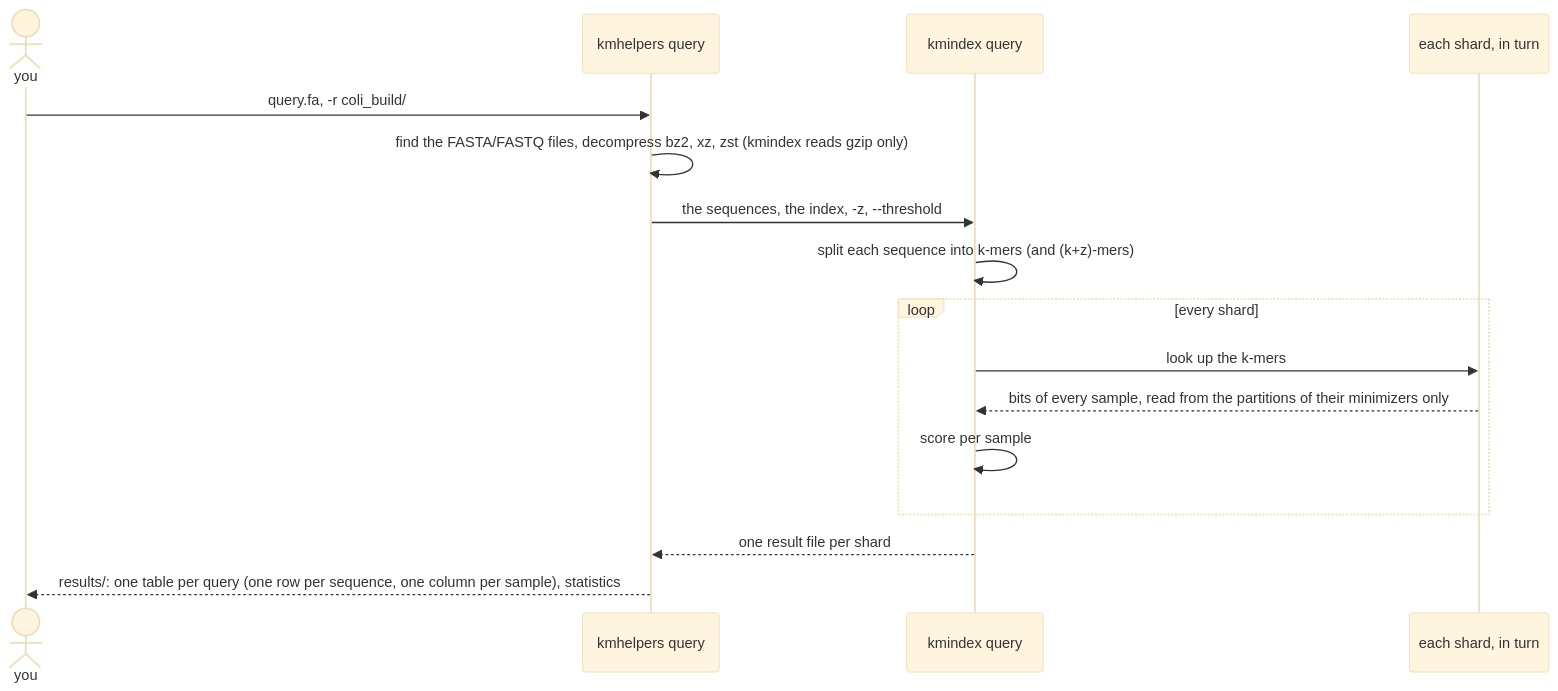
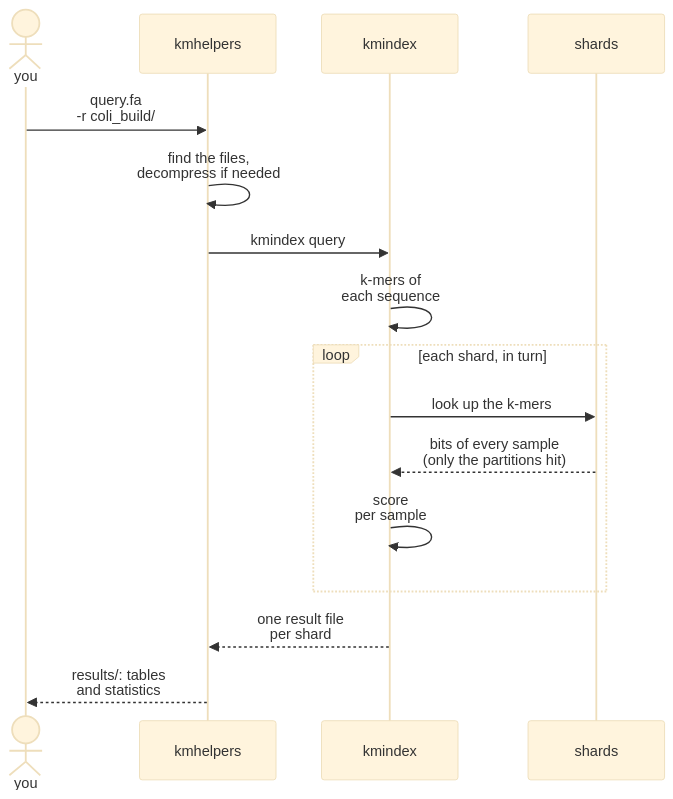
The second of 2 diagrams in docs/concepts/kmindex-index.md (sebllns/kmhelpers), drawn with Mermaid (base theme) before and after one commit. The commit also changed 1 other file, not shown here.

Commit message:
Docs: narrower sequence diagrams (query, cluster, update)
Short participant names and messages broken over lines, so mermaid does not shrink them to fit the page.

````diff
--- a/docs/concepts/kmindex-index.md
+++ b/docs/concepts/kmindex-index.md
@@ -88,18 +88,18 @@
 ```mermaid
 sequenceDiagram
     actor U as you
-    participant Q as kmhelpers query
-    participant K as kmindex query
-    participant S as each shard, in turn
-    U->>Q: query.fa, -r coli_build/
-    Q->>Q: find the FASTA/FASTQ files, decompress bz2, xz, zst (kmindex reads gzip only)
-    Q->>K: the sequences, the index, -z, --threshold
-    K->>K: split each sequence into k-mers (and (k+z)-mers)
-    loop every shard
+    participant Q as kmhelpers
+    participant K as kmindex
+    participant S as shards
+    U->>Q: query.fa<br/>-r coli_build/
+    Q->>Q: find the files,<br/>decompress if needed
+    Q->>K: kmindex query
+    K->>K: k-mers of<br/>each sequence
+    loop each shard, in turn
         K->>S: look up the k-mers
-        S-->>K: bits of every sample, read from the partitions of their minimizers only
-        K->>K: score per sample
+        S-->>K: bits of every sample<br/>(only the partitions hit)
+        K->>K: score<br/>per sample
     end
-    K-->>Q: one result file per shard
-    Q-->>U: results/: one table per query (one row per sequence, one column per sample), statistics
+    K-->>Q: one result file<br/>per shard
+    Q-->>U: results/: tables<br/>and statistics
 ```
````
